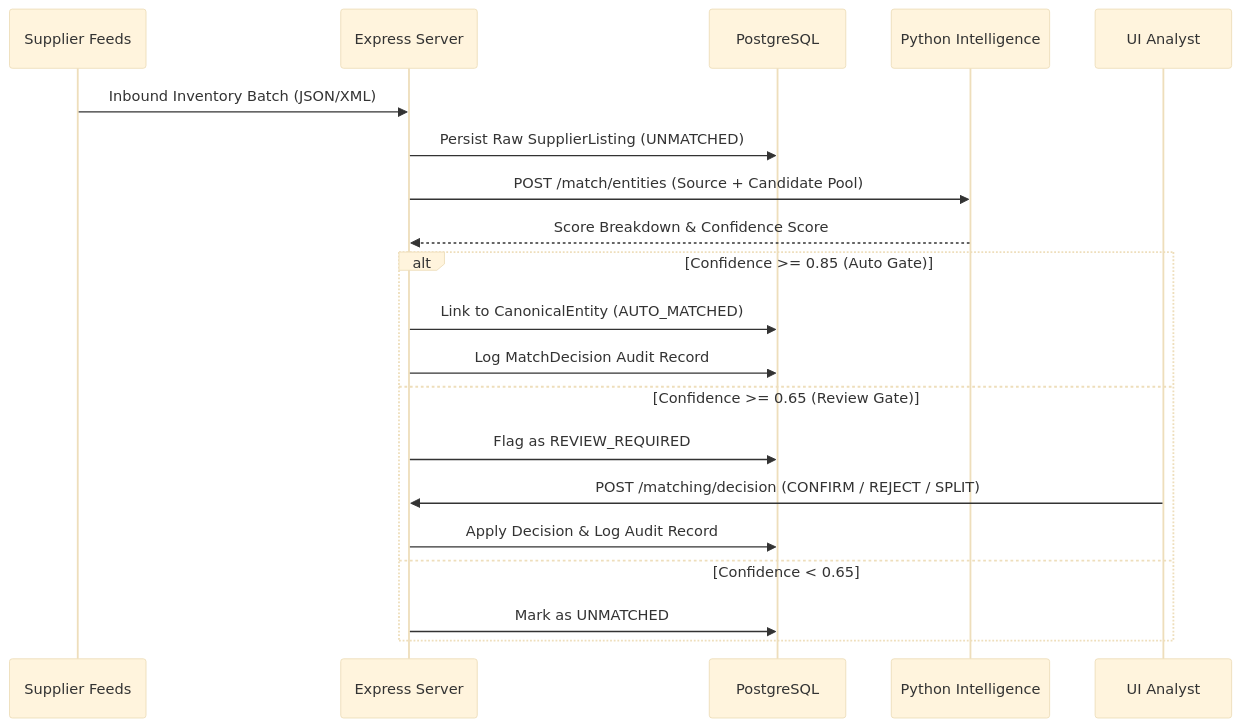
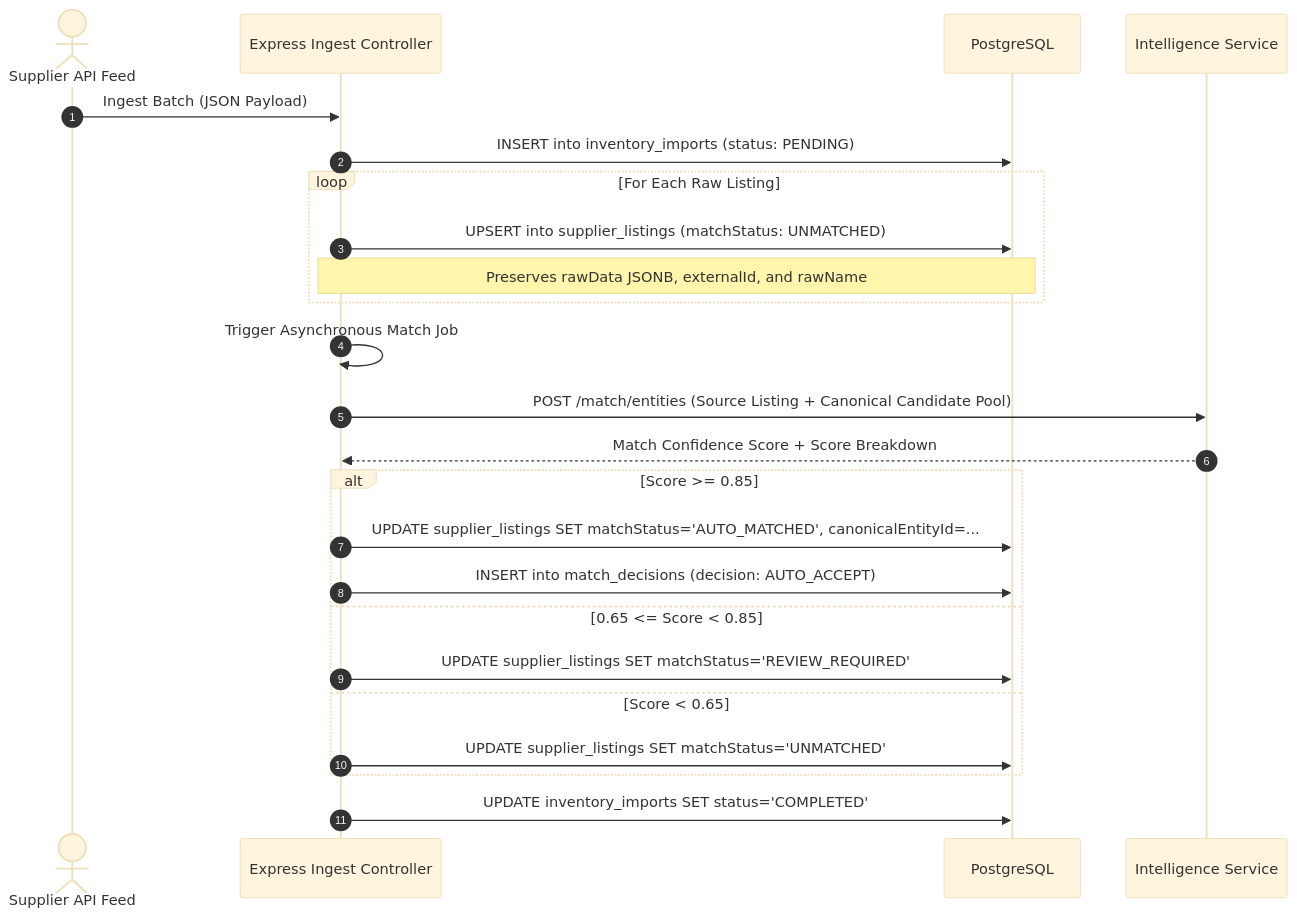
Before and after one commit to mayank18500/Sangam: the second of 5 diagrams in docs/ARCHITECTURE.md, drawn with Mermaid (base theme). The commit also changed other lines of this file and 10 other files, not shown here.

````diff
--- a/docs/ARCHITECTURE.md
+++ b/docs/ARCHITECTURE.md
@@ -68,24 +115,27 @@
 ```mermaid
 sequenceDiagram
-    participant Supplier as Supplier Feeds
-    participant Server as Express Server
+    autonumber
+    actor Wholesaler as Supplier API Feed
+    participant Ingest as Express Ingest Controller
     participant DB as PostgreSQL
-    participant AI as Python Intelligence
-    participant Analyst as UI Analyst
+    participant AI as Intelligence Service
 
-    Supplier->>Server: Inbound Inventory Batch (JSON/XML)
-    Server->>DB: Persist Raw SupplierListing (UNMATCHED)
-    Server->>AI: POST /match/entities (Source + Candidate Pool)
-    AI-->>Server: Score Breakdown & Confidence Score
-    
-    alt Confidence >= 0.85 (Auto Gate)
-        Server->>DB: Link to CanonicalEntity (AUTO_MATCHED)
-        Server->>DB: Log MatchDecision Audit Record
-    else Confidence >= 0.65 (Review Gate)
-        Server->>DB: Flag as REVIEW_REQUIRED
-        Analyst->>Server: POST /matching/decision (CONFIRM / REJECT / SPLIT)
-        Server->>DB: Apply Decision & Log Audit Record
-    else Confidence < 0.65
-        Server->>DB: Mark as UNMATCHED
+    Wholesaler->>Ingest: Ingest Batch (JSON Payload)
+    Ingest->>DB: INSERT into inventory_imports (status: PENDING)
+    loop For Each Raw Listing
+        Ingest->>DB: UPSERT into supplier_listings (matchStatus: UNMATCHED)
+        Note over Ingest,DB: Preserves rawData JSONB, externalId, and rawName
     end
+    Ingest->>Ingest: Trigger Asynchronous Match Job
+    Ingest->>AI: POST /match/entities (Source Listing + Canonical Candidate Pool)
+    AI-->>Ingest: Match Confidence Score + Score Breakdown
+    alt Score >= 0.85
+        Ingest->>DB: UPDATE supplier_listings SET matchStatus='AUTO_MATCHED', canonicalEntityId=...
+        Ingest->>DB: INSERT into match_decisions (decision: AUTO_ACCEPT)
+    else 0.65 <= Score < 0.85
+        Ingest->>DB: UPDATE supplier_listings SET matchStatus='REVIEW_REQUIRED'
+    else Score < 0.65
+        Ingest->>DB: UPDATE supplier_listings SET matchStatus='UNMATCHED'
+    end
+    Ingest->>DB: UPDATE inventory_imports SET status='COMPLETED'
 ```
````
